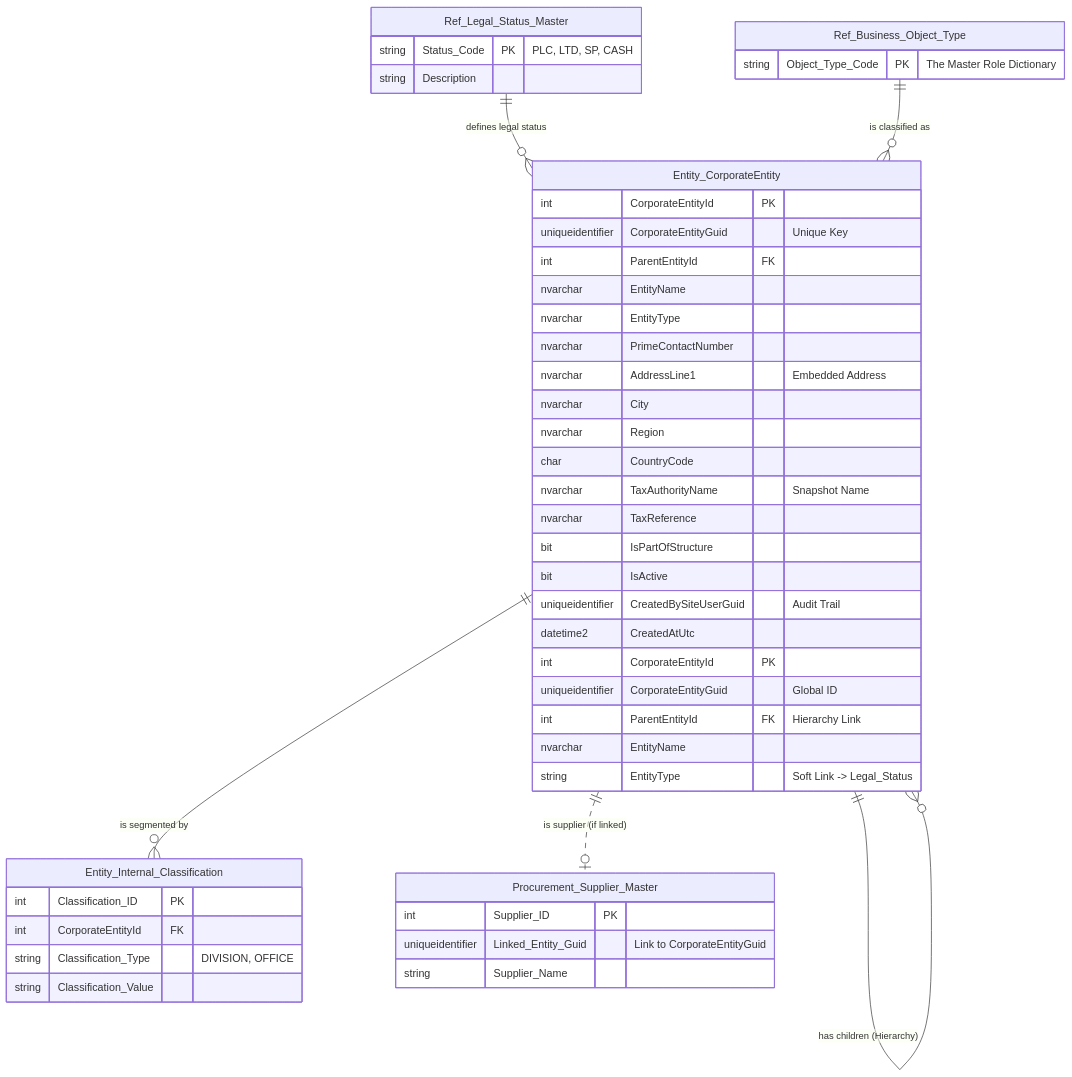
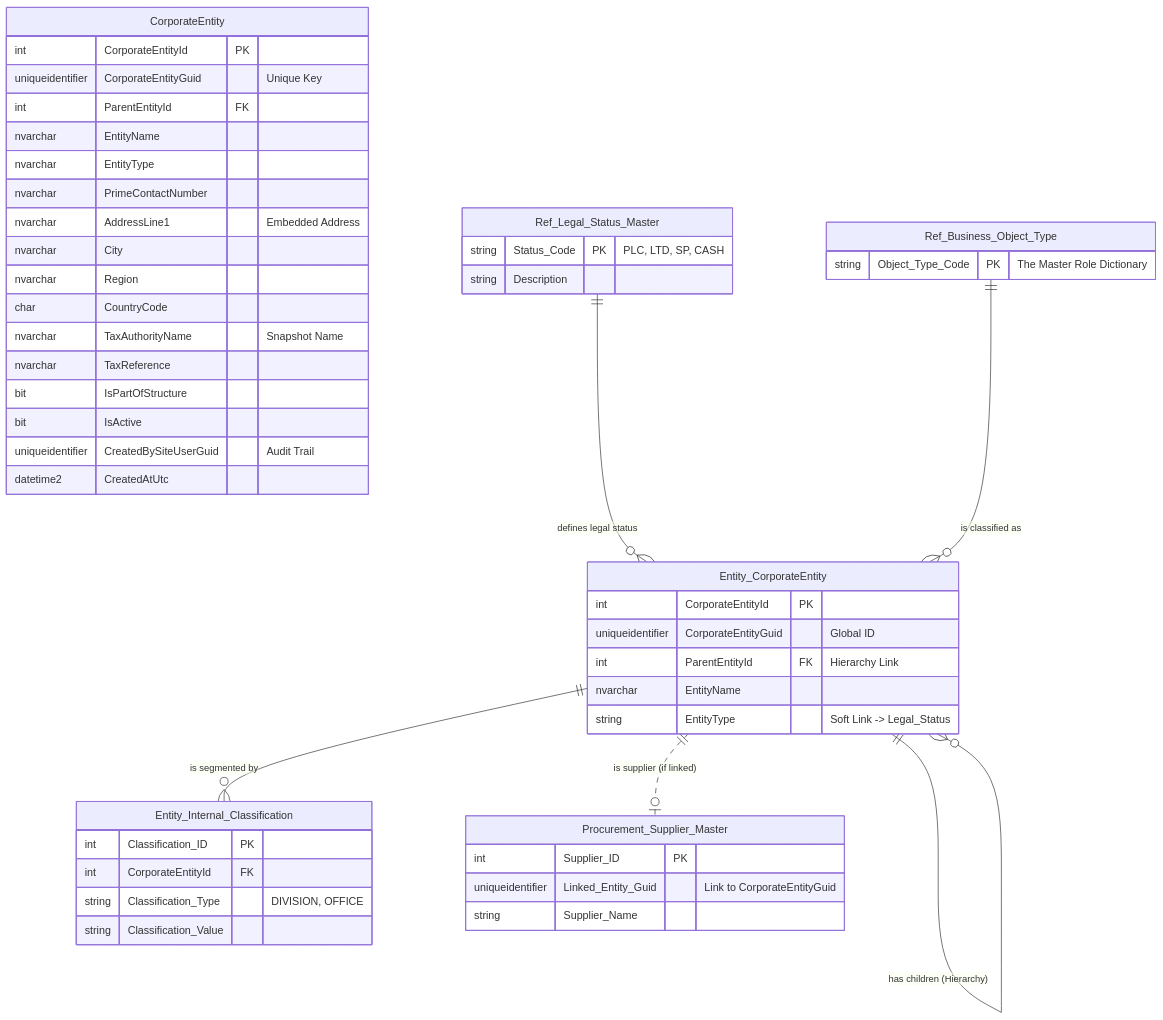
The diagram in 003 DETAILED SPECIFICATIONS IS09001/Z- Data Entites/Z-01 CorporateEntity.md (NeilWP/SUSTINA_CAB), drawn with Mermaid before and after one commit.

Commit message:
Update Z-01 CorporateEntity.md

````diff
--- a/003 DETAILED SPECIFICATIONS IS09001/Z- Data Entites/Z-01 CorporateEntity.md
+++ b/003 DETAILED SPECIFICATIONS IS09001/Z- Data Entites/Z-01 CorporateEntity.md
@@ -12,82 +12,82 @@
 ```mermaid
 erDiagram
     %% =======================================================
     %% THE CORE BUSINESS OBJECT
     %% =======================================================
-    Entity_CorporateEntity {
+    CorporateEntity {
         int CorporateEntityId PK
         uniqueidentifier CorporateEntityGuid "Unique Key"
         int ParentEntityId FK
         nvarchar EntityName
         nvarchar EntityType
         nvarchar PrimeContactNumber
         nvarchar AddressLine1 "Embedded Address"
         nvarchar City
         nvarchar Region
         char CountryCode
         nvarchar TaxAuthorityName "Snapshot Name"
         nvarchar TaxReference
         bit IsPartOfStructure
         bit IsActive
         uniqueidentifier CreatedBySiteUserGuid "Audit Trail"
         datetime2 CreatedAtUtc
     }
 
     %% RELATIONSHIP: Recursive Hierarchy (Parent/Child)
     %% The 'o{' end indicates that a single Parent (||) can have zero or more (o{) Children.
     Entity_CorporateEntity ||--o{ Entity_CorporateEntity : "has children (Hierarchy)"
 
 
 
     %% =======================================================
     %% 1. THE CORE OBJECT (The Single Source)
     %% =======================================================
     Entity_CorporateEntity {
         int CorporateEntityId PK
         uniqueidentifier CorporateEntityGuid "Global ID"
         int ParentEntityId FK "Hierarchy Link"
         nvarchar EntityName
         string EntityType "Soft Link -> Legal_Status"
     }
 
     %% =======================================================
     %% 2. NEW CLASSIFICATION STRUCTURES
     %% =======================================================
     Ref_Legal_Status_Master {
         string Status_Code PK "PLC, LTD, SP, CASH"
         string Description
     }
 
     Entity_Internal_Classification {
         int Classification_ID PK
         int CorporateEntityId FK
         string Classification_Type "DIVISION, OFFICE"
         string Classification_Value
     }
 
     Ref_Business_Object_Type {
         string Object_Type_Code PK "The Master Role Dictionary"
     }
     
     Procurement_Supplier_Master {
         int Supplier_ID PK
         uniqueidentifier Linked_Entity_Guid "Link to CorporateEntityGuid"
         string Supplier_Name
     }
 
     %% =======================================================
     %% RELATIONSHIPS (LOGICAL SOFT LINKS)
     %% =======================================================
 
     %% A. Internal Hierarchy & Segmentation
     Entity_CorporateEntity ||--o{ Entity_CorporateEntity : "has children (Hierarchy)"
     Entity_CorporateEntity ||--o{ Entity_Internal_Classification : "is segmented by"
 
     %% B. External Identity & Legal Status
     Ref_Legal_Status_Master ||--o{ Entity_CorporateEntity : "defines legal status"
     Ref_Business_Object_Type ||--o{ Entity_CorporateEntity : "is classified as"
 
     %% C. Role Overlap (Supplier/Client)
     %% An entity becomes a supplier when linked in this table
     Entity_CorporateEntity ||..o| Procurement_Supplier_Master : "is supplier (if linked)"
 ```
````
